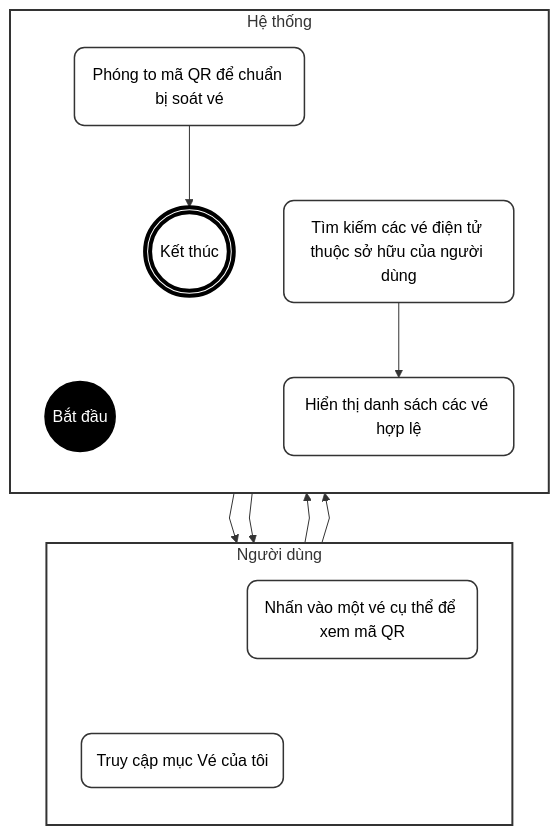
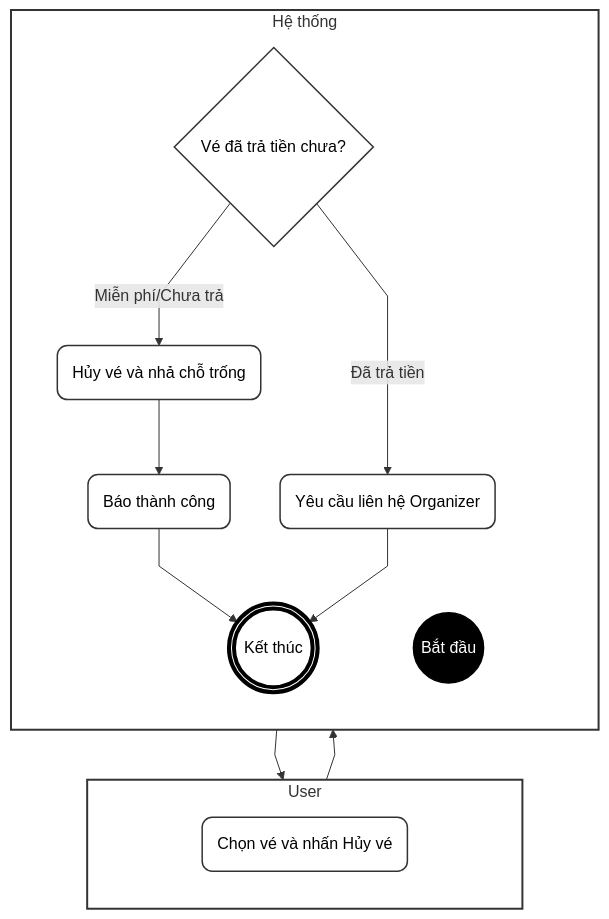
Before and after one commit to ChuDucAnh21/BE-quan-ly-su-kien: the fifth of 7 diagrams in doc/system_analysis/activity diagram/08d_activity_payment_ticket_checkin.md, drawn with Mermaid. The commit also changed other lines of this file and 14 other files, not shown here.

````diff
--- a/doc/system_analysis/activity diagram/08d_activity_payment_ticket_checkin.md
+++ b/doc/system_analysis/activity diagram/08d_activity_payment_ticket_checkin.md
@@ -453,46 +195,40 @@
 ```mermaid
 %%{init: {"flowchart": {"curve": "linear"}}}%%
 flowchart TD
     classDef default fill:#fff,stroke:#333,stroke-width:1.5px,color:#000,rx:10px,ry:10px;
     classDef startNode fill:#000,stroke:#000,color:#fff;
     classDef endNode fill:#fff,stroke:#000,stroke-width:4px,color:#000;
     classDef hidden fill:none,stroke:none,color:none;
 
-    subgraph TacNhan [Người dùng]
+    subgraph User [User]
         direction TB
         T_start(" "):::hidden
-        A(Truy cập mục Vé của tôi)
-        B(Nhấn vào một vé cụ thể để xem mã QR)
+        A(Chọn vé và nhấn Hủy vé)
         T_end(" "):::hidden
     end
 
-    subgraph HeThong [Hệ thống]
+    subgraph System [Hệ thống]
         direction TB
         H_start(" "):::hidden
         Start((Bắt đầu)):::startNode
-        C(Tìm kiếm các vé điện tử thuộc sở hữu của người dùng)
-        D(Hiển thị danh sách các vé hợp lệ)
-        E(Phóng to mã QR để chuẩn bị soát vé)
+        B{Vé đã trả tiền chưa?}
+        C(Yêu cầu liên hệ Organizer)
+        D(Hủy vé và nhả chỗ trống)
+        E(Báo thành công)
         End(((Kết thúc))):::endNode
         H_end(" "):::hidden
     end
 
     T_start ~~~ H_start
     T_end ~~~ H_end
+    Start --> A
+    A --> B
+    B -- Đã trả tiền --> C
+    B -- Miễn phí/Chưa trả --> D
+    D --> E
+    E --> End
+    C --> End
 
-    T_start ~~~ A
-    B ~~~ T_end
-
-    H_start ~~~ Start
-    End ~~~ H_end
-
-    Start --> A
-    A --> C
-    C --> D
-    D --> B
-    B --> E
-    E --> End
-
-    style TacNhan fill:#fff,stroke:#333,stroke-width:2px
-    style HeThong fill:#fff,stroke:#333,stroke-width:2px
+    style User fill:#fff,stroke:#333,stroke-width:2px
+    style System fill:#fff,stroke:#333,stroke-width:2px
 ```
````
